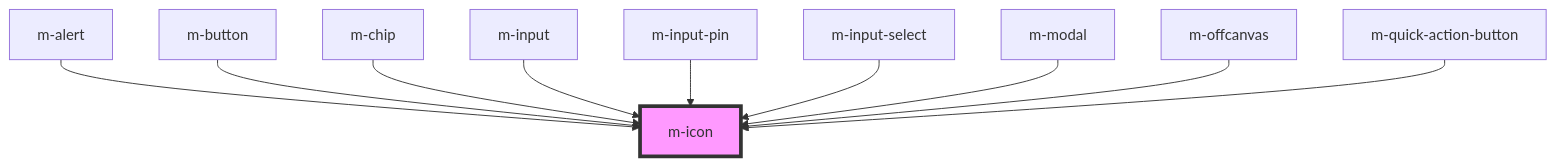
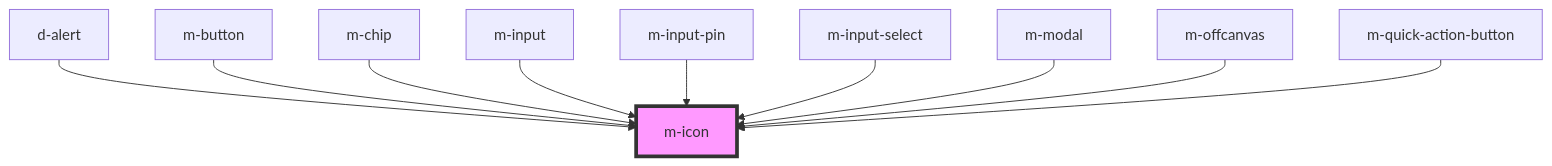
The diagram in libraries/dynamic-ui/src/components/m-icon/readme.md (dynamic-framework/dynamic-ui), drawn with Mermaid before and after one commit. The commit also changed other lines of this file and 20 other files, not shown here.

````diff
--- a/libraries/dynamic-ui/src/components/m-icon/readme.md
+++ b/libraries/dynamic-ui/src/components/m-icon/readme.md
@@ -41,13 +41,13 @@
 ```mermaid
 graph TD;
-  m-alert --> m-icon
+  d-alert --> m-icon
   m-button --> m-icon
   m-chip --> m-icon
   m-input --> m-icon
   m-input-pin --> m-icon
   m-input-select --> m-icon
   m-modal --> m-icon
   m-offcanvas --> m-icon
   m-quick-action-button --> m-icon
   style m-icon fill:#f9f,stroke:#333,stroke-width:4px
 ```
````
